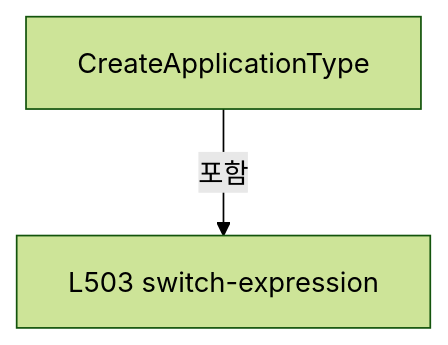
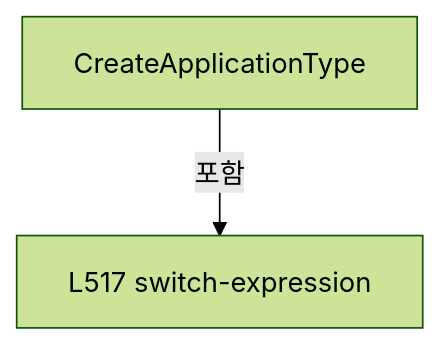
The tenth of 18 diagrams in A3 LD Code Ref/files/Drilling.UI/Menu/Menus/CMenuCorrection.ReviewData.Offset.cs.md (kjuws10-rgb/Shared), drawn with Mermaid (forest theme) before and after one commit. The commit also changed other lines of this file and 2071 other files, not shown here.

Commit message:
docs(a3): update 11.19.0 architecture and code reference

````diff
--- a/A3 LD Code Ref/files/Drilling.UI/Menu/Menus/CMenuCorrection.ReviewData.Offset.cs.md
+++ b/A3 LD Code Ref/files/Drilling.UI/Menu/Menus/CMenuCorrection.ReviewData.Offset.cs.md
@@ -1529,6 +1539,6 @@
 ```mermaid
 flowchart TD
  M["CreateApplicationType"]
- N0["L503 switch-expression"]
+ N0["L517 switch-expression"]
  M -->|포함| N0
 ```
````
